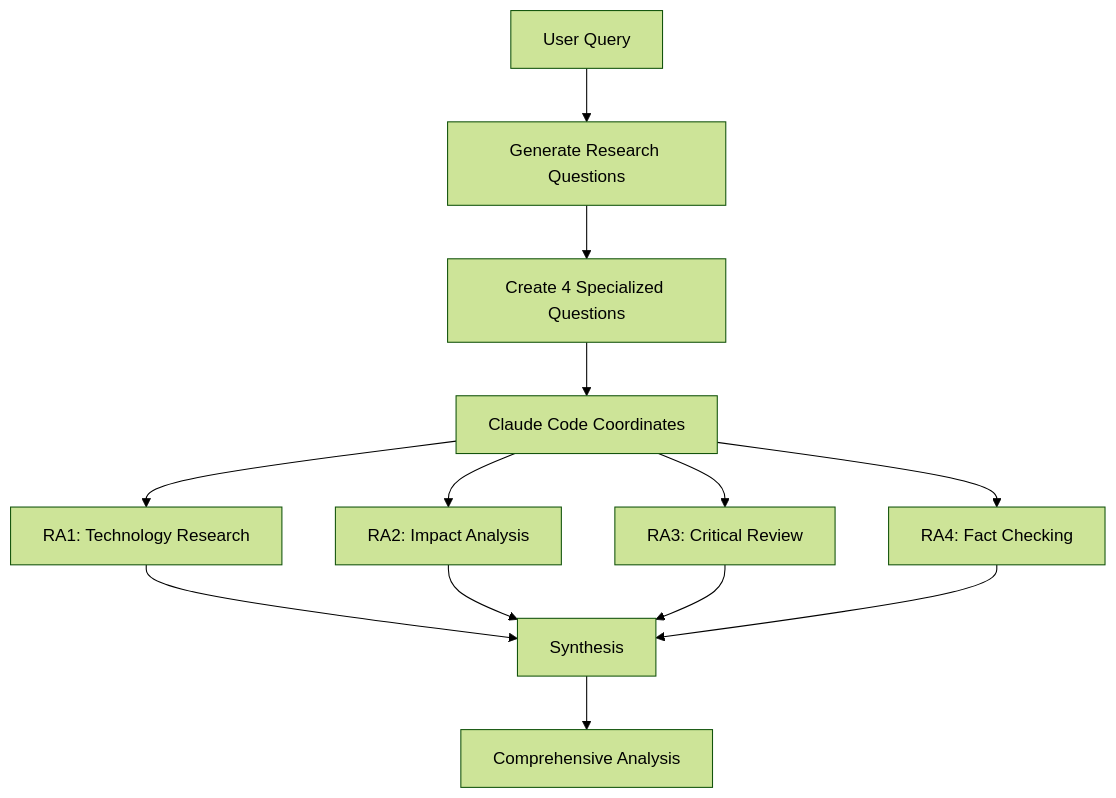
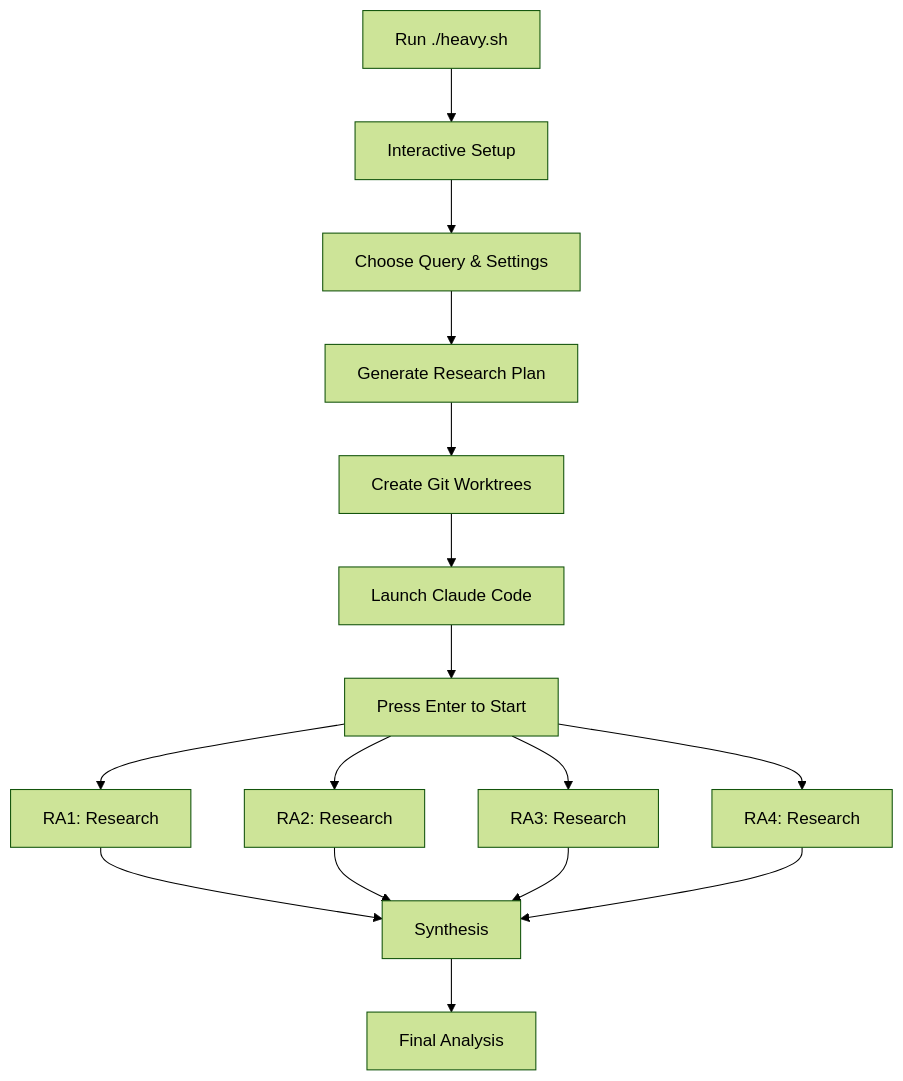
The diagram in README.md (LionGab/Lion), drawn with Mermaid (forest theme) before and after one commit. The commit also changed other lines of this file and 2 other files, not shown here.

First line of the commit message:
Add interactive mode with auto-launch and smart folder naming

````diff
--- a/README.md
+++ b/README.md
@@ -36,15 +47,18 @@
 ```mermaid
 graph TD
-    A[User Query] --> B[Generate Research Questions]
-    B --> C[Create 4 Specialized Questions]
-    C --> D[Claude Code Coordinates]
-    D --> E[RA1: Technology Research]
-    D --> F[RA2: Impact Analysis]
-    D --> G[RA3: Critical Review]
-    D --> H[RA4: Fact Checking]
-    E --> I[Synthesis]
-    F --> I
-    G --> I
-    H --> I
-    I --> J[Comprehensive Analysis]
+    A[Run ./heavy.sh] --> B[Interactive Setup]
+    B --> C[Choose Query & Settings]
+    C --> D[Generate Research Plan]
+    D --> E[Create Git Worktrees]
+    E --> F[Launch Claude Code]
+    F --> G[Press Enter to Start]
+    G --> H[RA1: Research]
+    G --> I[RA2: Research]
+    G --> J[RA3: Research]
+    G --> K[RA4: Research]
+    H --> L[Synthesis]
+    I --> L
+    J --> L
+    K --> L
+    L --> M[Final Analysis]
 ```
````
